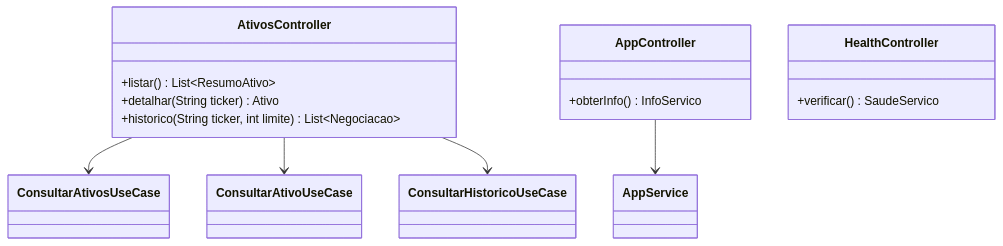
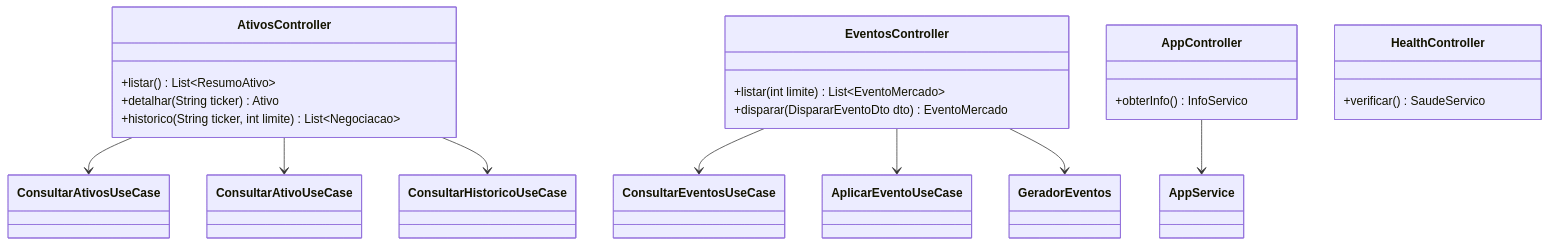
The fourth of 6 diagrams in P1/especificação de mercado/Diagrama de classes - market data.md (ysrael12/CruelMarketLTDA), drawn with Mermaid before and after one commit. The commit also changed other lines of this file and 51 other files, not shown here.

First line of the commit message:
feat(market-data): implementar casos de uso de mercado, eventos e broker

````diff
--- a/P1/especificação de mercado/Diagrama de classes - market data.md
+++ b/P1/especificação de mercado/Diagrama de classes - market data.md
@@ -285,22 +349,29 @@
 ```mermaid
 classDiagram
   class AtivosController {
     +listar() List~ResumoAtivo~
     +detalhar(String ticker) Ativo
     +historico(String ticker, int limite) List~Negociacao~
+  }
+
+  class EventosController {
+    +listar(int limite) List~EventoMercado~
+    +disparar(DispararEventoDto dto) EventoMercado
   }
 
   class AppController {
     +obterInfo() InfoServico
   }
 
   class HealthController {
     +verificar() SaudeServico
   }
 
   AtivosController --> ConsultarAtivosUseCase
   AtivosController --> ConsultarAtivoUseCase
   AtivosController --> ConsultarHistoricoUseCase
-
+  EventosController --> ConsultarEventosUseCase
+  EventosController --> AplicarEventoUseCase
+  EventosController --> GeradorEventos
   AppController --> AppService
 ```
````
